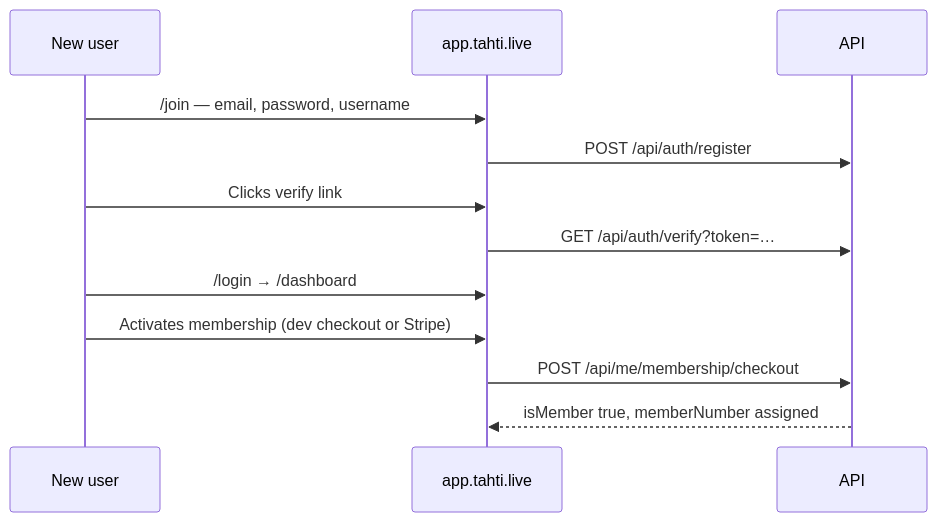
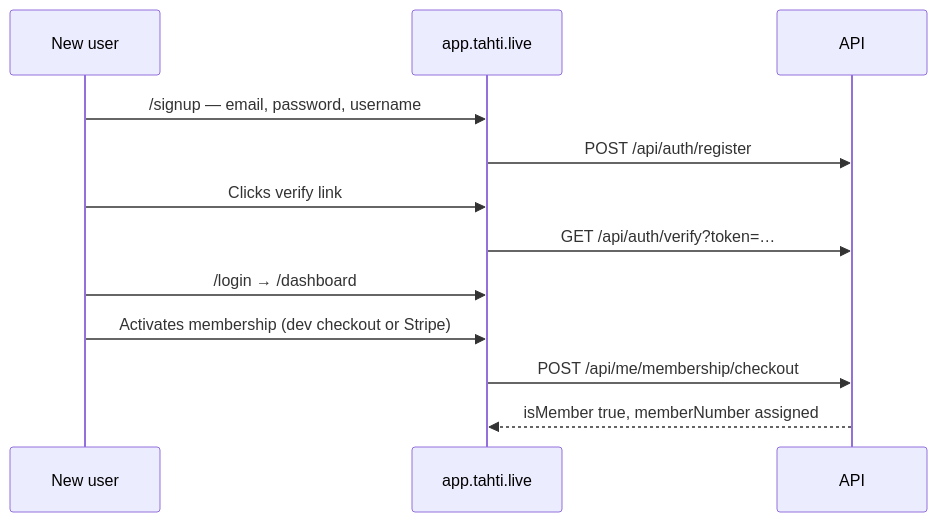
One commit to janiluuk/tahti-org changed the second of 3 diagrams in docs/technical/journey-member.md. Above: the diagram before and after it, drawn with Mermaid. The commit also changed other lines of this file and 24 other files, not shown here.

````diff
--- a/docs/technical/journey-member.md
+++ b/docs/technical/journey-member.md
@@ -38,15 +38,15 @@
 ```mermaid
 sequenceDiagram
     participant M as New user
     participant APP as app.tahti.live
     participant API as API
 
-    M->>APP: /join — email, password, username
+    M->>APP: /signup — email, password, username
     APP->>API: POST /api/auth/register
     M->>APP: Clicks verify link
     APP->>API: GET /api/auth/verify?token=…
     M->>APP: /login → /dashboard
     M->>APP: Activates membership (dev checkout or Stripe)
     APP->>API: POST /api/me/membership/checkout
     API-->>APP: isMember true, memberNumber assigned
 ```
````
